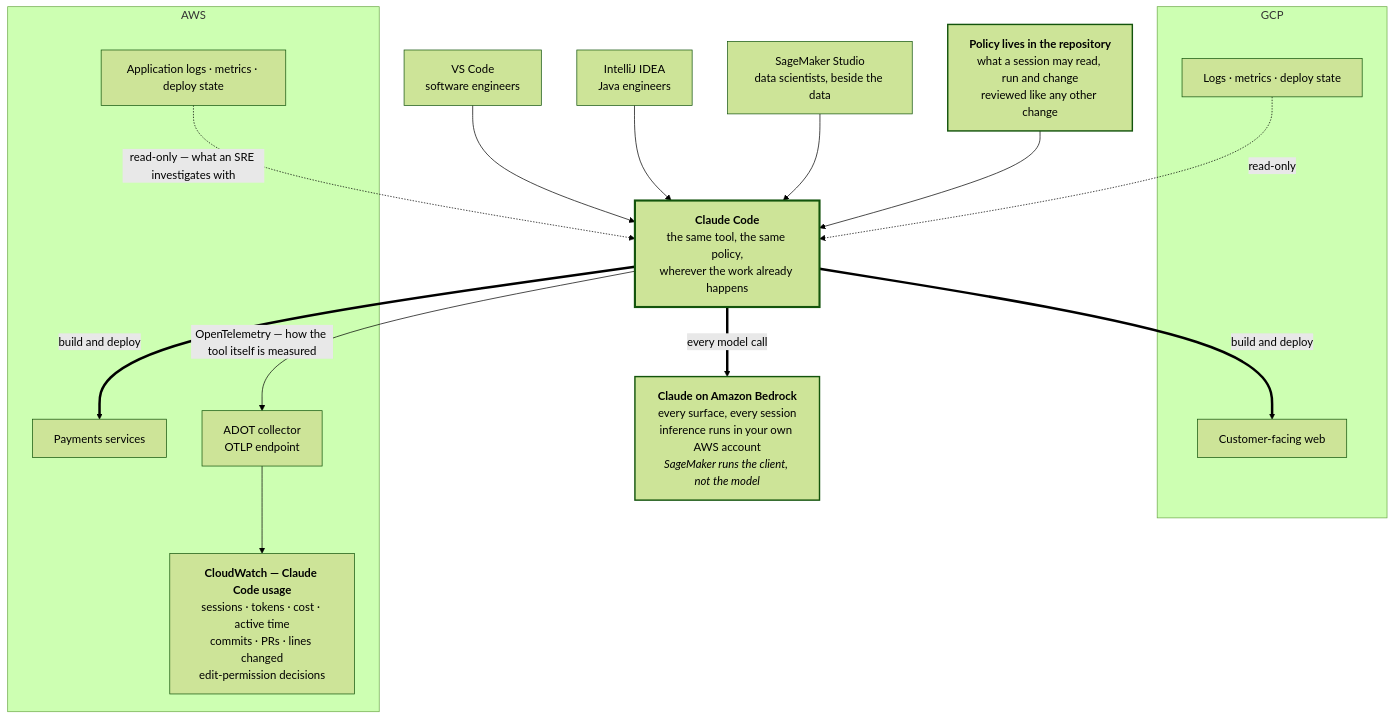
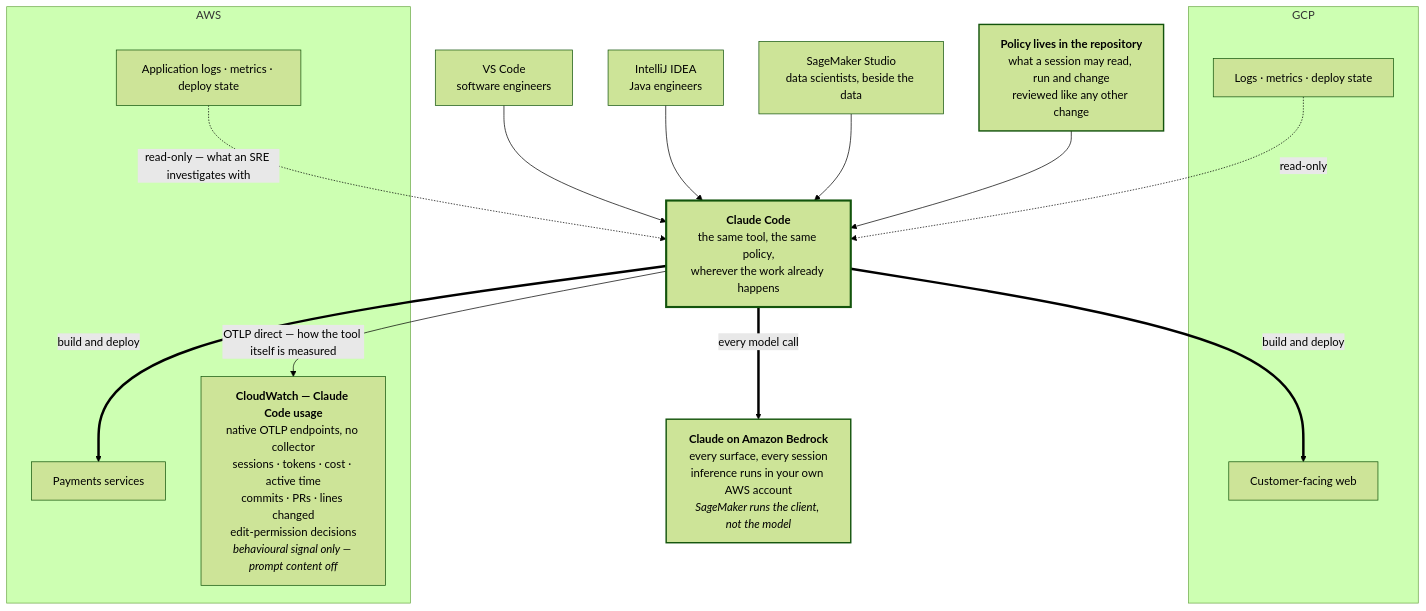
Before and after one commit to congmingwudi/ft-architecture: the diagram in src/overview-redacted.mmd, drawn with Mermaid (forest theme). The commit also changed 2 other files, not shown here.

Commit message:
Rebuild architecture page — 2026-08-20

```diff
--- a/src/overview-redacted.mmd
+++ b/src/overview-redacted.mmd
@@ -1,37 +1,35 @@
 flowchart TB
   VSC["VS Code<br/>software engineers"]
   IJ["IntelliJ IDEA<br/>Java engineers"]
   SM["SageMaker Studio<br/>data scientists, beside the data"]
 
   CC["<b>Claude Code</b><br/>the same tool, the same policy,<br/>wherever the work already happens"]
 
   BR["<b>Claude on Amazon Bedrock</b><br/>every surface, every session<br/>inference runs in your own AWS account<br/><i>SageMaker runs the client, not the model</i>"]
   POL["<b>Policy lives in the repository</b><br/>what a session may read, run and change<br/>reviewed like any other change"]
 
   subgraph GCP["GCP"]
     GCPAPP["Customer-facing web"]
     GCPOBS["Logs · metrics · deploy state"]
   end
   subgraph AWS["AWS"]
     AWSAPP["Payments services"]
     AWSOBS["Application logs · metrics · deploy state"]
-    ADOT["ADOT collector<br/>OTLP endpoint"]
-    CWCC["<b>CloudWatch — Claude Code usage</b><br/>sessions · tokens · cost · active time<br/>commits · PRs · lines changed<br/>edit-permission decisions"]
-    ADOT --> CWCC
+    CWCC["<b>CloudWatch — Claude Code usage</b><br/>native OTLP endpoints, no collector<br/>sessions · tokens · cost · active time<br/>commits · PRs · lines changed<br/>edit-permission decisions<br/><i>behavioural signal only — prompt content off</i>"]
   end
 
   VSC --> CC
   IJ --> CC
   SM --> CC
   POL --> CC
   CC ==>|"every model call"| BR
   CC ==>|"build and deploy"| AWSAPP
   CC ==>|"build and deploy"| GCPAPP
-  CC -->|"OpenTelemetry — how the tool itself is measured"| ADOT
+  CC -->|"OTLP direct — how the tool itself is measured"| CWCC
   AWSOBS -.->|"read-only — what an SRE investigates with"| CC
   GCPOBS -.->|"read-only"| CC
 
   classDef hub stroke-width:3px;
   classDef plane stroke-width:2px;
   class CC hub;
   class BR,POL plane;
```
